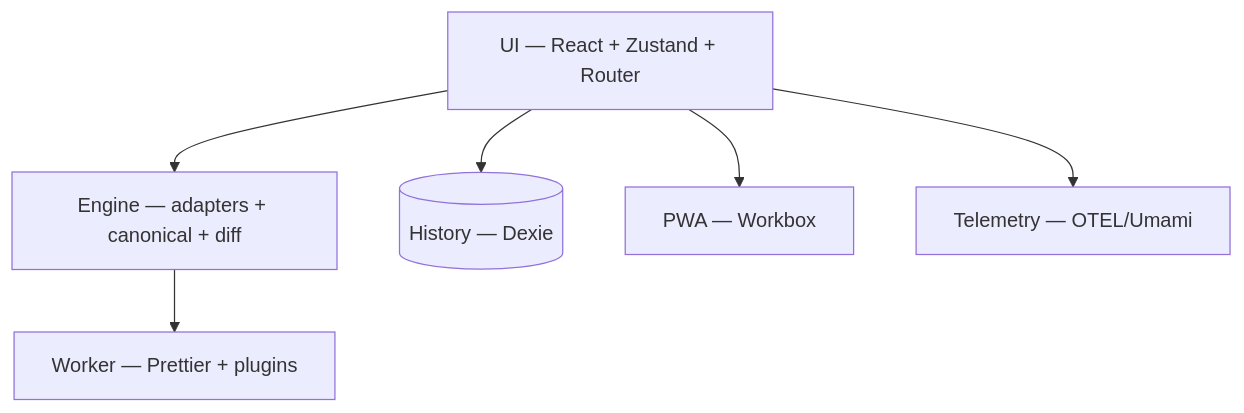
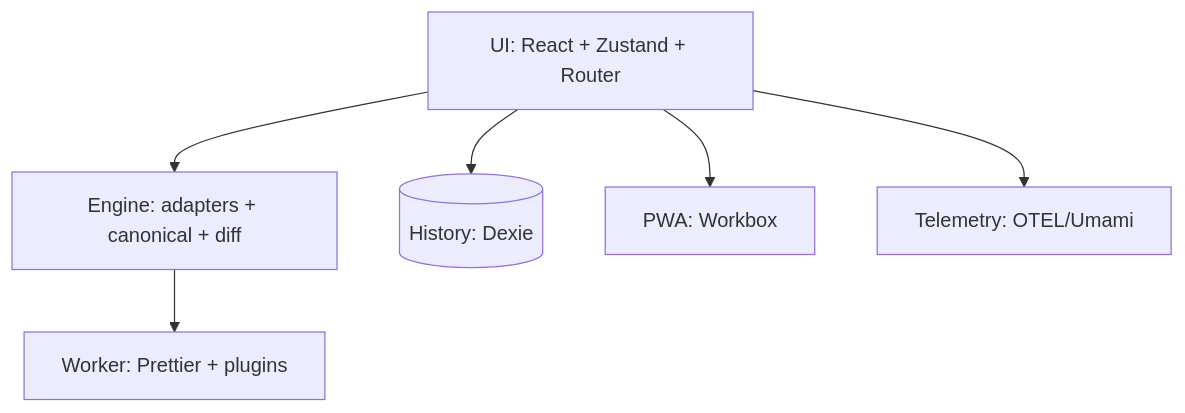
Before and after one commit to dimasbaguspm/syntaxdiff: the first of 5 diagrams in docs/ENGINEERING_SPEC.md, drawn with Mermaid. The commit also changed other lines of this file, not shown here.

````diff
--- a/docs/ENGINEERING_SPEC.md
+++ b/docs/ENGINEERING_SPEC.md
@@ -39,8 +39,8 @@
 ```mermaid
 flowchart TB
-  UI[UI — React + Zustand + Router] --> Engine[Engine — adapters + canonical + diff]
-  Engine --> Worker[Worker — Prettier + plugins]
-  UI --> History[(History — Dexie)]
-  UI --> PWA[PWA — Workbox]
-  UI --> Telemetry[Telemetry — OTEL/Umami]
+  UI[UI: React + Zustand + Router] --> Engine[Engine: adapters + canonical + diff]
+  Engine --> Worker[Worker: Prettier + plugins]
+  UI --> History[(History: Dexie)]
+  UI --> PWA[PWA: Workbox]
+  UI --> Telemetry[Telemetry: OTEL/Umami]
 ```
````
